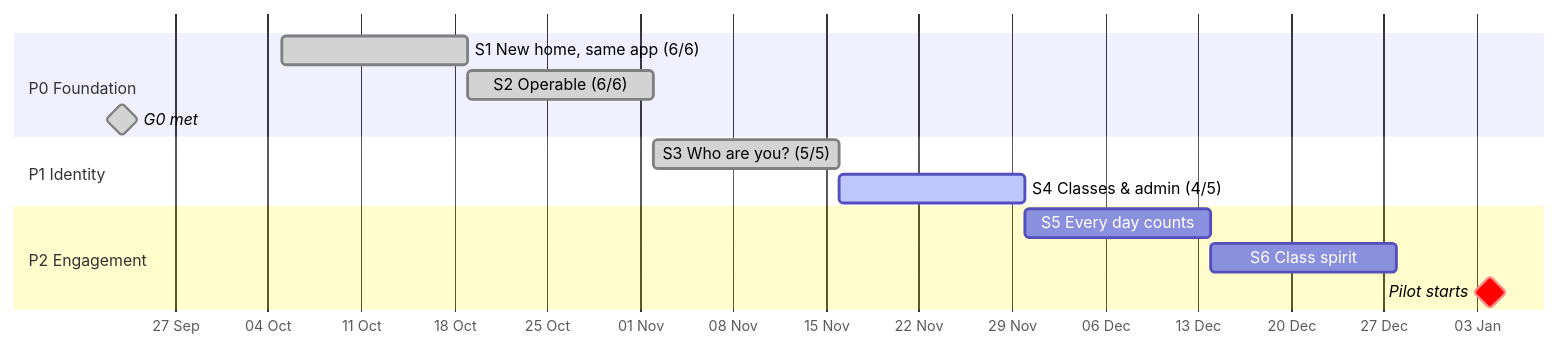
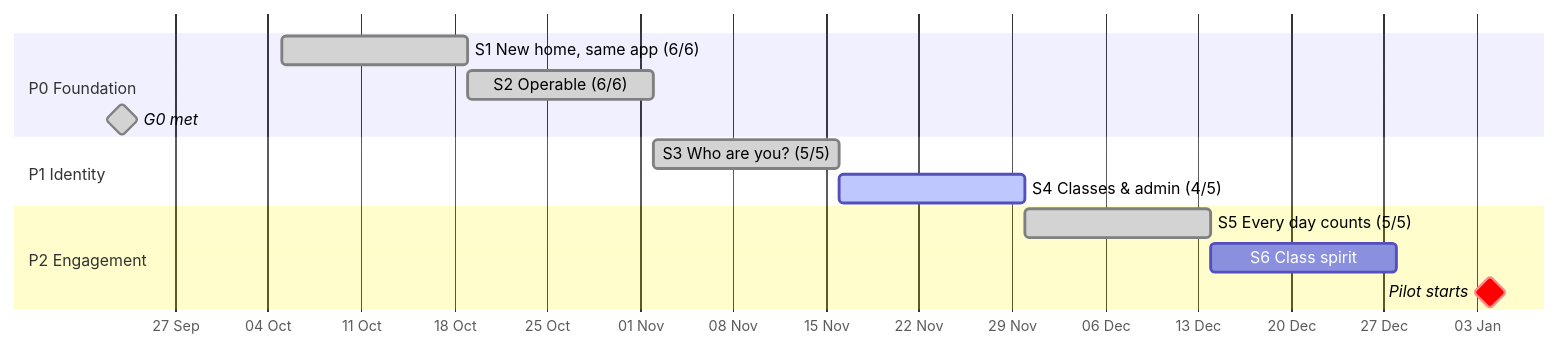
Before and after one commit to Sira-Labs/Suffa: the first of 2 diagrams in docs/plan/sprint-plan.md, drawn with Mermaid. The commit also changed other lines of this file and 2 other files, not shown here.

First line of the commit message:
docs: sprint 5 done, ADR-0016 accepted with implementation notes

````diff
--- a/docs/plan/sprint-plan.md
+++ b/docs/plan/sprint-plan.md
@@ -17,17 +17,17 @@
 ```mermaid
 gantt
   dateFormat YYYY-MM-DD
   axisFormat %d %b
   todayMarker on
   section P0 Foundation
   S1 New home, same app (6/6)        :done, s1, 2026-10-05, 14d
   S2 Operable (6/6)                  :done, s2, after s1, 14d
   G0 met                             :milestone, done, g0, 2026-09-23, 0d
   section P1 Identity
   S3 Who are you? (5/5)              :done, s3, after s2, 14d
   S4 Classes & admin (4/5)          :active, s4, after s3, 14d
   section P2 Engagement
-  S5 Every day counts               :s5, after s4, 14d
+  S5 Every day counts (5/5)         :done, s5, after s4, 14d
   S6 Class spirit                    :s6, after s5, 14d
   Pilot starts                       :milestone, crit, pilot, 2027-01-04, 0d
 ```
````
